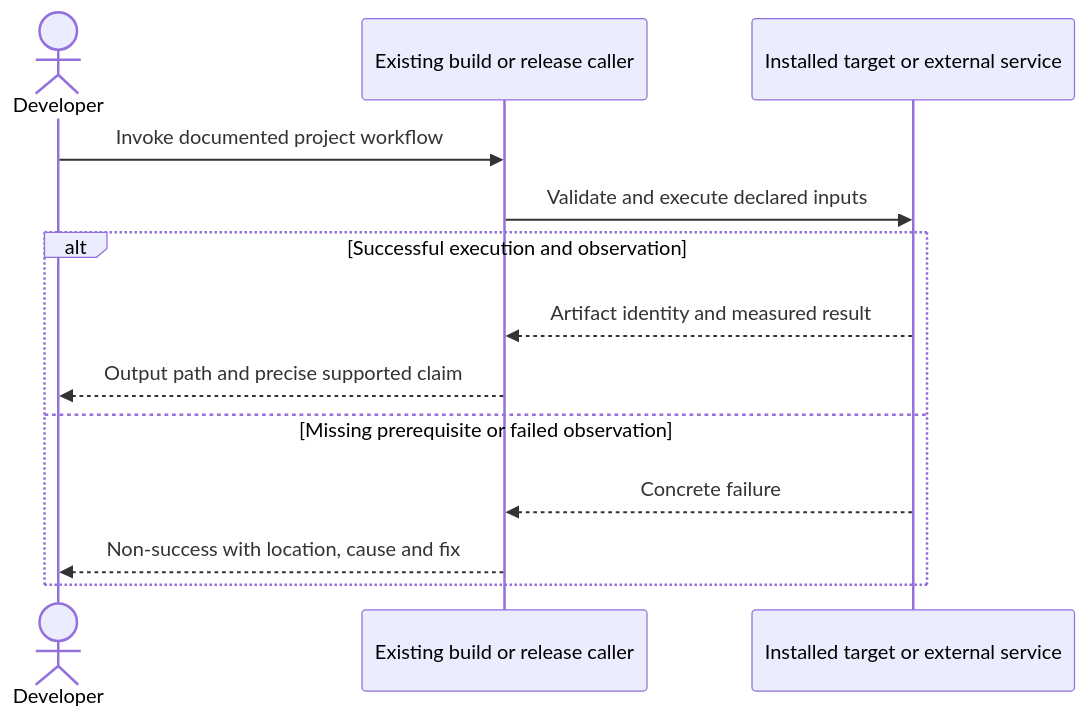
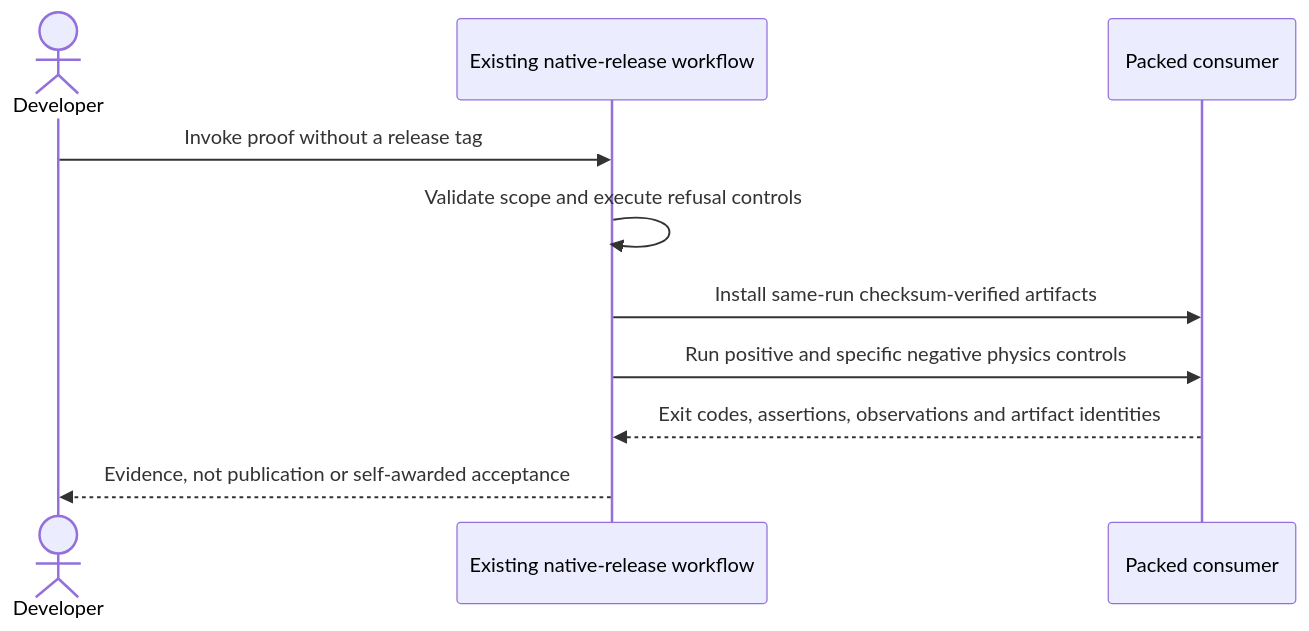
The second of 2 diagrams in docs/PRDs/production-readiness/PRD-078-toolchain-free-consumer-proof.md (ThreeNativeHQ/threenative), drawn with Mermaid before and after one commit. The commit also changed other lines of this file and 7 other files, not shown here.

First line of the commit message:
fix(ci): execute PRD-078 candidate proofs without publishing

````diff
--- a/docs/PRDs/production-readiness/PRD-078-toolchain-free-consumer-proof.md
+++ b/docs/PRDs/production-readiness/PRD-078-toolchain-free-consumer-proof.md
@@ -43,15 +49,12 @@
 ```mermaid
 sequenceDiagram
     actor Developer
-    participant CLI as Existing build or release caller
-    participant Target as Installed target or external service
-    Developer->>CLI: Invoke documented project workflow
-    CLI->>Target: Validate and execute declared inputs
-    alt Successful execution and observation
-        Target-->>CLI: Artifact identity and measured result
-        CLI-->>Developer: Output path and precise supported claim
-    else Missing prerequisite or failed observation
-        Target-->>CLI: Concrete failure
-        CLI-->>Developer: Non-success with location, cause and fix
-    end
+    participant CI as Existing native-release workflow
+    participant Consumer as Packed consumer
+    Developer->>CI: Invoke proof without a release tag
+    CI->>CI: Validate scope and execute refusal controls
+    CI->>Consumer: Install same-run checksum-verified artifacts
+    CI->>Consumer: Run positive and specific negative physics controls
+    Consumer-->>CI: Exit codes, assertions, observations and artifact identities
+    CI-->>Developer: Evidence, not publication or self-awarded acceptance
 ```
````
